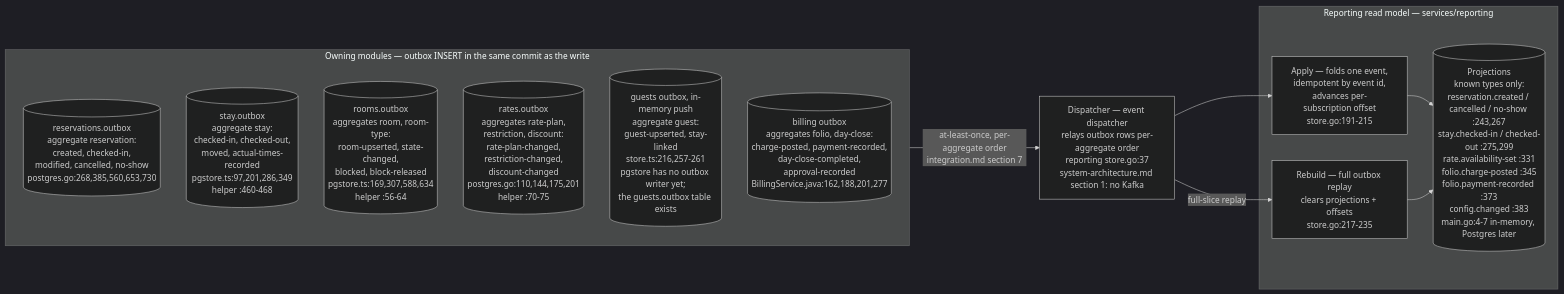
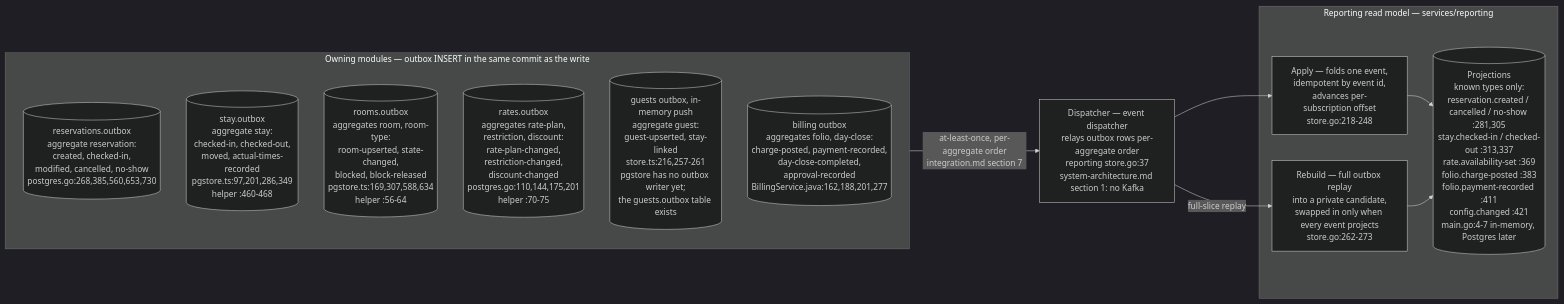
Before and after one commit to MingChen1501/hotel-mgmt: the diagram in docs/architecture/event-flow.md, drawn with Mermaid (dark theme). The commit also changed other lines of this file and 8 other files, not shown here.

First line of the commit message:
fix(reporting): Publish a rebuilt read model only after a full replay (#755)

````diff
--- a/docs/architecture/event-flow.md
+++ b/docs/architecture/event-flow.md
@@ -13,22 +13,22 @@
 ```mermaid
 flowchart LR
     subgraph EMIT[Owning modules — outbox INSERT in the same commit as the write]
         RES[(reservations.outbox<br/>aggregate reservation:<br/>created, checked-in,<br/>modified, cancelled, no-show<br/>postgres.go:268,385,560,653,730)]
         STAY[(stay.outbox<br/>aggregate stay:<br/>checked-in, checked-out,<br/>moved, actual-times-recorded<br/>pgstore.ts:97,201,286,349<br/>helper :460-468)]
         ROOMS[(rooms.outbox<br/>aggregates room, room-type:<br/>room-upserted, state-changed,<br/>blocked, block-released<br/>pgstore.ts:169,307,588,634<br/>helper :56-64)]
         RATES[(rates.outbox<br/>aggregates rate-plan,<br/>restriction, discount:<br/>rate-plan-changed,<br/>restriction-changed,<br/>discount-changed<br/>postgres.go:110,144,175,201<br/>helper :70-75)]
         GUESTS[(guests outbox, in-memory push<br/>aggregate guest:<br/>guest-upserted, stay-linked<br/>store.ts:216,257-261<br/>pgstore has no outbox writer yet;<br/>the guests.outbox table exists)]
         BILL[(billing outbox<br/>aggregates folio, day-close:<br/>charge-posted, payment-recorded,<br/>day-close-completed,<br/>approval-recorded<br/>BillingService.java:162,188,201,277)]
     end
     DISP[Dispatcher — event dispatcher<br/>relays outbox rows per-aggregate order<br/>reporting store.go:37<br/>system-architecture.md section 1: no Kafka]
     subgraph RPT[Reporting read model — services/reporting]
-        APPLY[Apply — folds one event,<br/>idempotent by event id,<br/>advances per-subscription offset<br/>store.go:191-215]
-        REBUILD[Rebuild — full outbox replay<br/>clears projections + offsets<br/>store.go:217-235]
-        PROJ[(Projections<br/>known types only:<br/>reservation.created / cancelled / no-show :243,267<br/>stay.checked-in / checked-out :275,299<br/>rate.availability-set :331<br/>folio.charge-posted :345<br/>folio.payment-recorded :373<br/>config.changed :383<br/>main.go:4-7 in-memory, Postgres later)]
+        APPLY[Apply — folds one event,<br/>idempotent by event id,<br/>advances per-subscription offset<br/>store.go:218-248]
+        REBUILD[Rebuild — full outbox replay<br/>into a private candidate,<br/>swapped in only when every event projects<br/>store.go:262-273]
+        PROJ[(Projections<br/>known types only:<br/>reservation.created / cancelled / no-show :281,305<br/>stay.checked-in / checked-out :313,337<br/>rate.availability-set :369<br/>folio.charge-posted :383<br/>folio.payment-recorded :411<br/>config.changed :421<br/>main.go:4-7 in-memory, Postgres later)]
     end
     EMIT -->|at-least-once, per-aggregate order<br/>integration.md section 7| DISP
     DISP --> APPLY
     DISP -->|full-slice replay| REBUILD
     APPLY --> PROJ
     REBUILD --> PROJ
 ```
````
